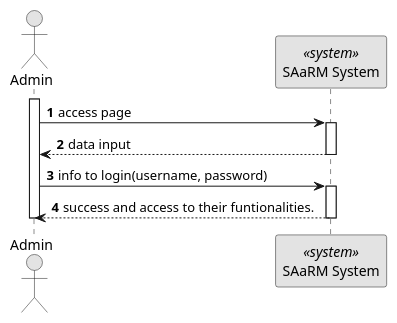
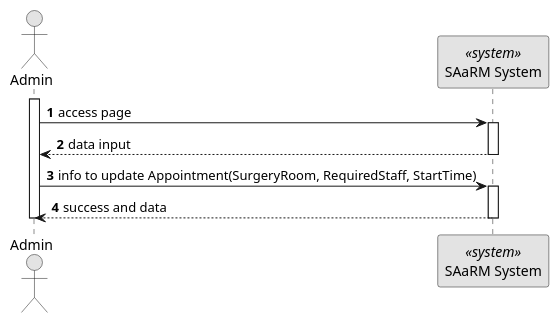
One commit to Ana-Miguel-Silva/SurgicalAppointmentAndResourceManagement changed the diagram in docs/BackofficeModule/7.2.9/sequence-diagram-1.puml. Above: the diagram before and after it, drawn with PlantUML. The commit also changed 36 other files, not shown here.

```diff
--- a/docs/BackofficeModule/7.2.9/sequence-diagram-1.puml
+++ b/docs/BackofficeModule/7.2.9/sequence-diagram-1.puml
@@ -1,26 +1,26 @@
-@startuml 5.1.1
+@startuml 5.1.8
 skinparam monochrome true
 skinparam packageStyle rectangle
 skinparam shadowing false
 
 autonumber
 
 actor "Admin" as AD
 participant "SAaRM System" as SYS <<system>>
 
 activate AD
 AD -> SYS: access page
 activate SYS
 SYS --> AD : data input
 deactivate SYS
-AD -> SYS : info to login(username, password)
+AD -> SYS : info to update Appointment(SurgeryRoom, RequiredStaff, StartTime)
 activate SYS
-SYS --> AD : success and access to their funtionalities.
+SYS --> AD : success and data
 
 deactivate SYS
 
 deactivate AD
 
 
 
 @enduml
```
